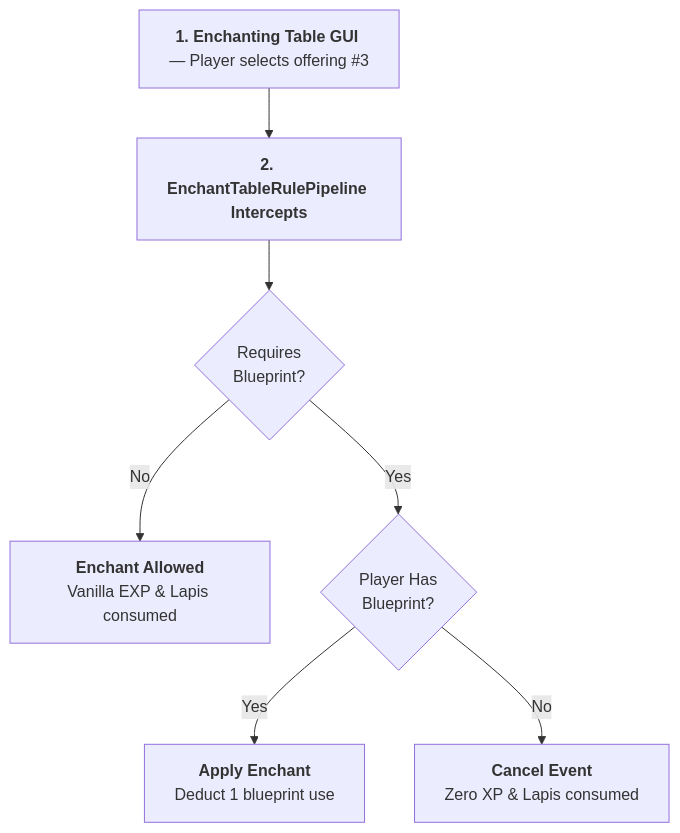
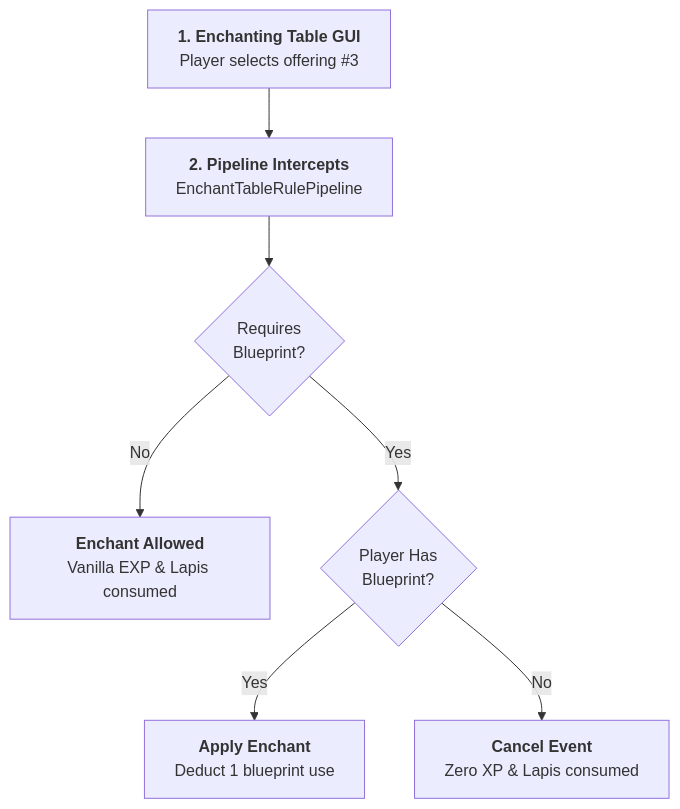
The diagram in docs/mechanics/enchanting-and-anvils.md (XZtotal/CraftingBlueprints-Wiki), drawn with Mermaid before and after one commit. The commit also changed 24 other files, not shown here.

````diff
--- a/docs/mechanics/enchanting-and-anvils.md
+++ b/docs/mechanics/enchanting-and-anvils.md
@@ -16,10 +16,17 @@
 ```mermaid
 flowchart TD
-    GUI["<b>1. Enchanting Table GUI</b> — Player selects offering #3"]
-    --> Pipeline["<b>2. EnchantTableRulePipeline Intercepts</b>"]
-    --> Check{"Requires<br/>Blueprint?"}
-    Check -->|No| Vanilla["<b>Enchant Allowed</b><br/>Vanilla EXP & Lapis consumed"]
-    Check -->|Yes| BPCheck{"Player Has<br/>Blueprint?"}
-    BPCheck -->|Yes| Apply["<b>Apply Enchant</b><br/>Deduct 1 blueprint use"]
-    BPCheck -->|No| Cancel["<b>Cancel Event</b><br/>Zero XP & Lapis consumed"]
+    GUI["<b>1. Enchanting Table GUI</b><br/>Player selects offering #3"]
+    Pipeline["<b>2. Pipeline Intercepts</b><br/>EnchantTableRulePipeline"]
+    Check{"Requires<br/>Blueprint?"}
+    Vanilla["<b>Enchant Allowed</b><br/>Vanilla EXP &amp; Lapis consumed"]
+    BPCheck{"Player Has<br/>Blueprint?"}
+    Apply["<b>Apply Enchant</b><br/>Deduct 1 blueprint use"]
+    Cancel["<b>Cancel Event</b><br/>Zero XP &amp; Lapis consumed"]
+
+    GUI --> Pipeline
+    Pipeline --> Check
+    Check -->|No| Vanilla
+    Check -->|Yes| BPCheck
+    BPCheck -->|Yes| Apply
+    BPCheck -->|No| Cancel
 ```
````
